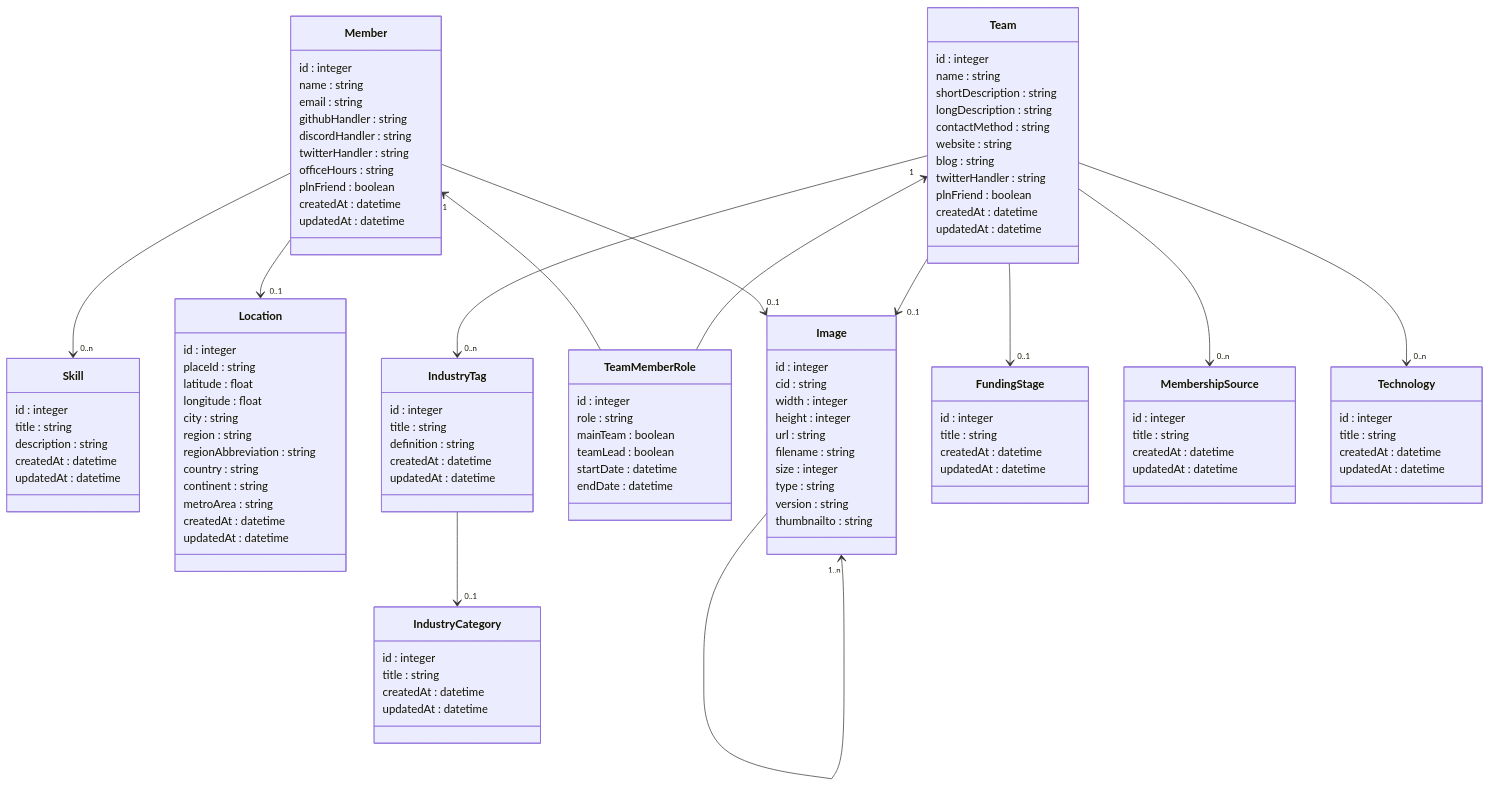
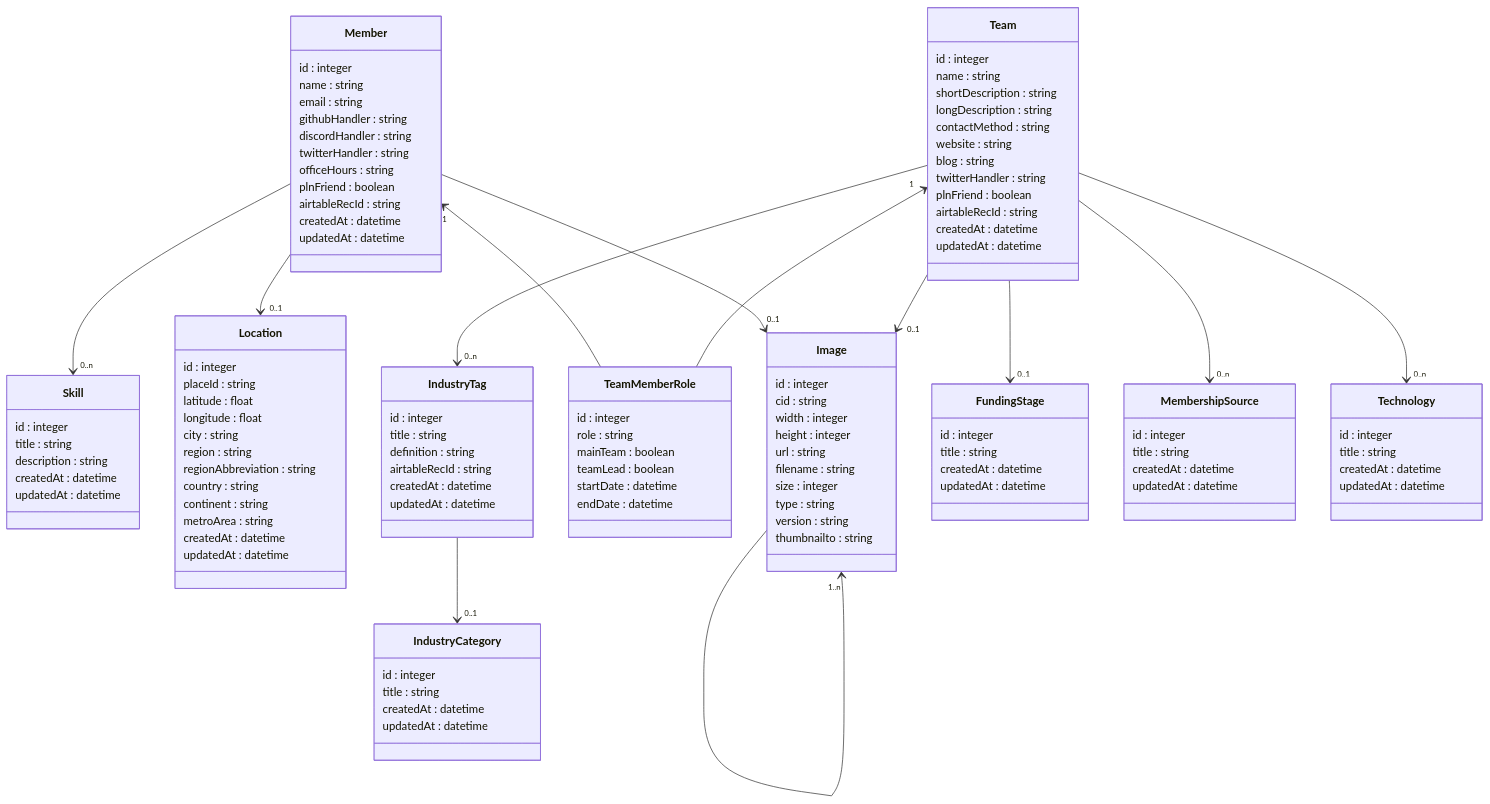
The diagram in apps/web-api/docs/DATA_MODEL.md (memser-spaceport/pln-directory-portal), drawn with Mermaid before and after one commit.

Commit message:
docs(PL-569): update data model

```diff
--- a/apps/web-api/docs/DATA_MODEL.md
+++ b/apps/web-api/docs/DATA_MODEL.md
@@ -28,6 +28,7 @@
       blog : string
       twitterHandler : string
       plnFriend : boolean
+      airtableRecId : string
       createdAt : datetime
       updatedAt : datetime
     }
@@ -62,6 +63,7 @@
       id : integer
       title : string
       definition : string
+      airtableRecId : string
       createdAt : datetime
       updatedAt : datetime
     }
@@ -90,6 +92,7 @@
       twitterHandler : string
       officeHours : string
       plnFriend : boolean
+      airtableRecId : string
       createdAt : datetime
       updatedAt : datetime
     }
```
